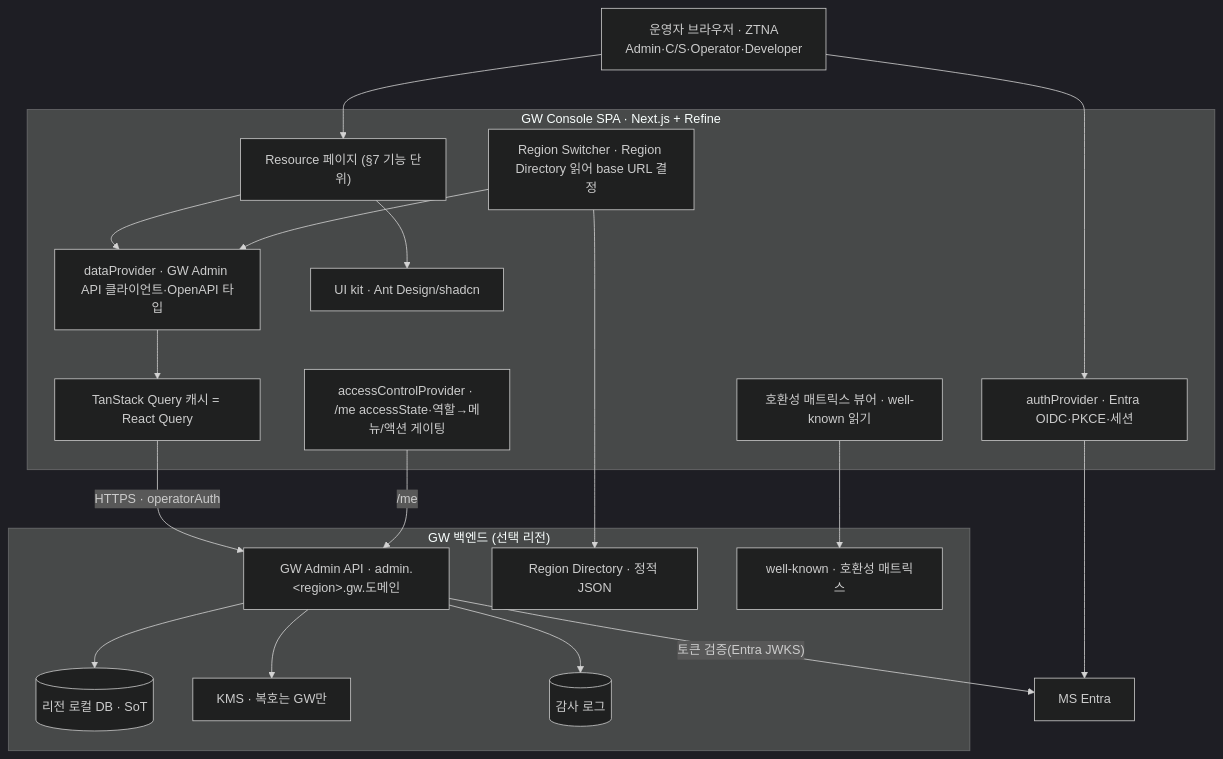
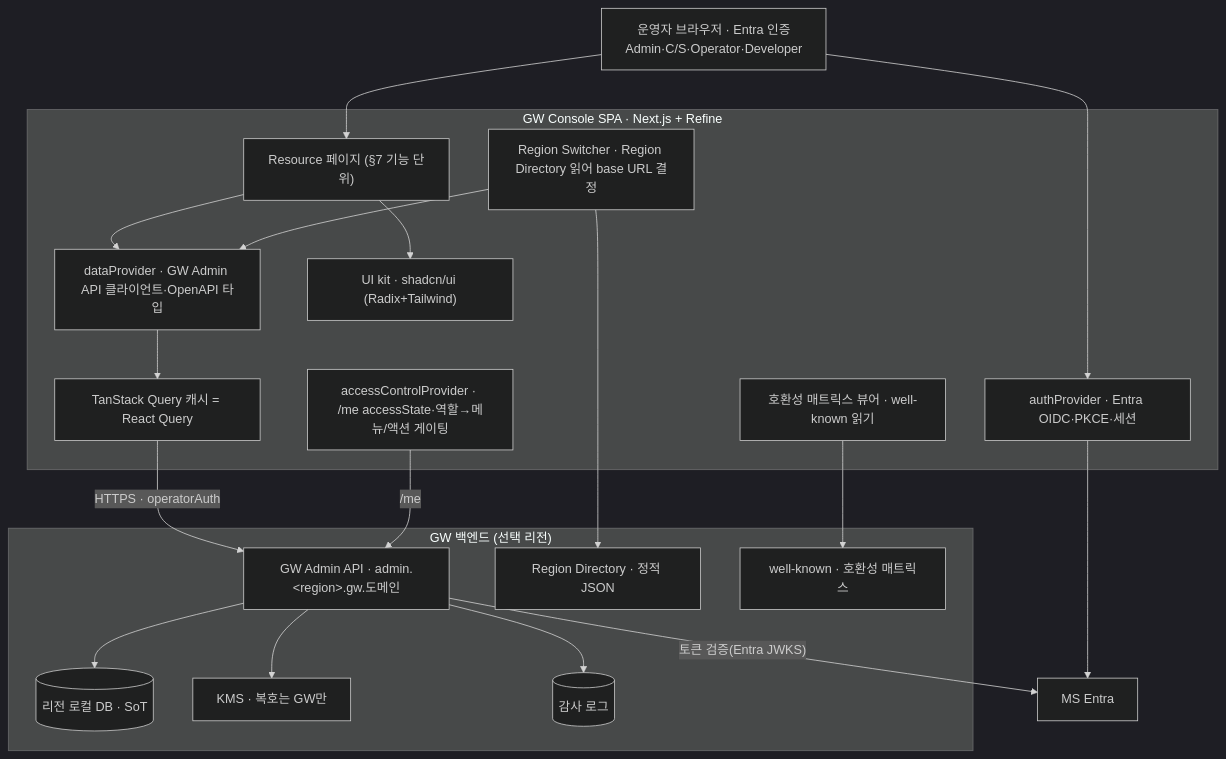
Before and after one commit to gracegyu/scp-architecture: the third of 10 diagrams in docs/VT_API_Gateway/08.VT_API_Gateway/specs/03c-subsrs-gw-console/SRS.md, drawn with Mermaid (dark theme). The commit also changed other lines of this file and 1 other file, not shown here.

````diff
--- a/docs/VT_API_Gateway/08.VT_API_Gateway/specs/03c-subsrs-gw-console/SRS.md
+++ b/docs/VT_API_Gateway/08.VT_API_Gateway/specs/03c-subsrs-gw-console/SRS.md
@@ -168,36 +168,36 @@
 ```mermaid
 flowchart TB
-  OP["운영자 브라우저 · ZTNA<br/>Admin·C/S·Operator·Developer"] --> AUTH
+  OP["운영자 브라우저 · Entra 인증<br/>Admin·C/S·Operator·Developer"] --> AUTH
   OP --> RES
   subgraph SPA["GW Console SPA · Next.js + Refine"]
     RS["Region Switcher · Region Directory 읽어 base URL 결정"]
     AUTH["authProvider · Entra OIDC·PKCE·세션"]
     ACL["accessControlProvider · /me accessState·역할→메뉴/액션 게이팅"]
     DP["dataProvider · GW Admin API 클라이언트·OpenAPI 타입"]
     QC["TanStack Query 캐시 = React Query"]
     RES["Resource 페이지 (§7 기능 단위)"]
-    VUI["UI kit · Ant Design/shadcn"]
+    VUI["UI kit · shadcn/ui (Radix+Tailwind)"]
     VW["호환성 매트릭스 뷰어 · well-known 읽기"]
   end
   AUTH --> ENTRA["MS Entra"]
   subgraph GW["GW 백엔드 (선택 리전)"]
     A["GW Admin API · admin.&lt;region&gt;.gw.도메인"]
     DB[("리전 로컬 DB · SoT")]
     KMS["KMS · 복호는 GW만"]
     AUD[("감사 로그")]
     RD["Region Directory · 정적 JSON"]
     WK["well-known · 호환성 매트릭스"]
     A --> DB
     A --> KMS
     A --> AUD
   end
   ACL -->|"/me"| A
   RS --> DP
   DP --> QC
   QC -->|"HTTPS · operatorAuth"| A
   RES --> DP
   RES --> VUI
   RS --> RD
   VW --> WK
   A -->|"토큰 검증(Entra JWKS)"| ENTRA
 ```
````
